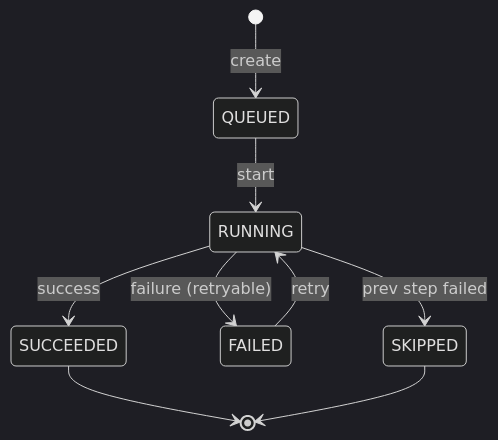
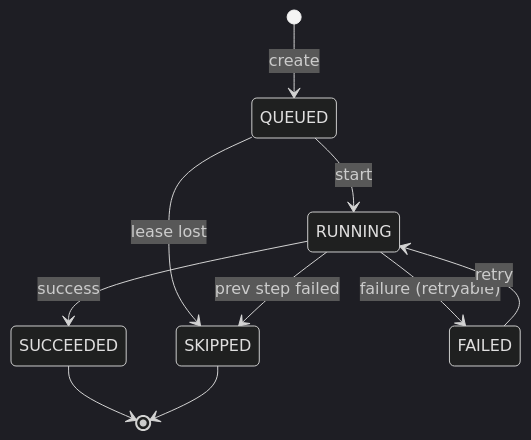
The eighth of 8 diagrams in docs/architecture/pipelines.md (endo-ly/ego-graph), drawn with Mermaid (dark theme) before and after one commit. The commit also changed other lines of this file and 6 other files, not shown here.

````diff
--- a/docs/architecture/pipelines.md
+++ b/docs/architecture/pipelines.md
@@ -348,11 +363,12 @@
 ```mermaid
 stateDiagram-v2
     [*] --> QUEUED: create
     QUEUED --> RUNNING: start
+    QUEUED --> SKIPPED: lease lost
     RUNNING --> SUCCEEDED: success
     RUNNING --> FAILED: failure (retryable)
     RUNNING --> SKIPPED: prev step failed
     FAILED --> RUNNING: retry
     SUCCEEDED --> [*]
     SKIPPED --> [*]
 ```
````
